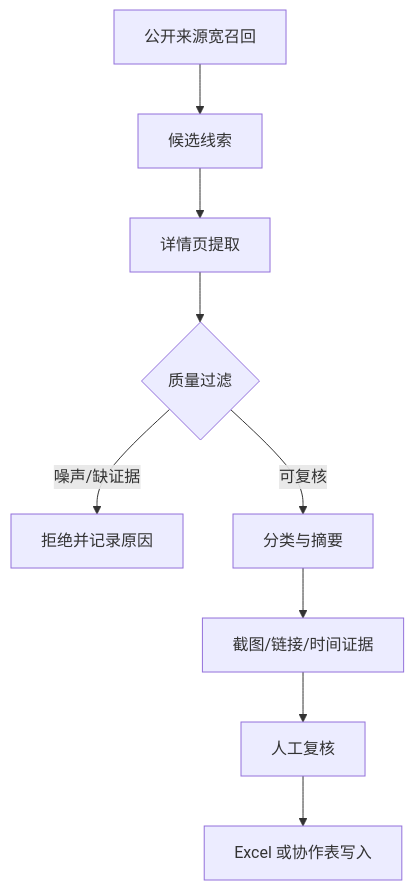
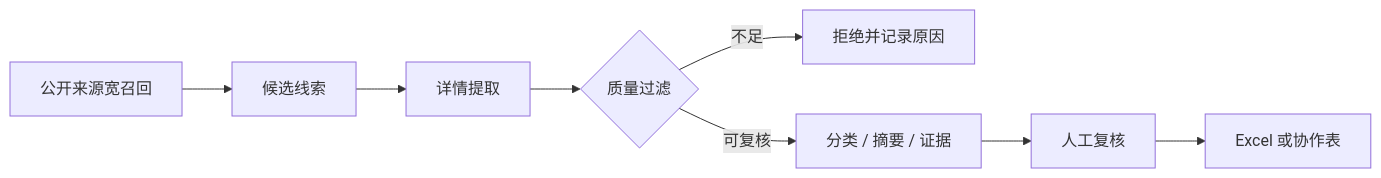
The diagram in cases/05-public-opinion-monitoring.md (Baibaibin/ai-workflow-portfolio), drawn with Mermaid before and after one commit. The commit also changed other lines of this file and 18 other files, not shown here.

````diff
--- a/cases/05-public-opinion-monitoring.md
+++ b/cases/05-public-opinion-monitoring.md
@@ -13,11 +15,10 @@
 ```mermaid
-flowchart TD
+flowchart LR
   A[公开来源宽召回] --> B[候选线索]
-  B --> C[详情页提取]
+  B --> C[详情提取]
   C --> D{质量过滤}
-  D -->|噪声/缺证据| E[拒绝并记录原因]
-  D -->|可复核| F[分类与摘要]
-  F --> G[截图/链接/时间证据]
-  G --> H[人工复核]
-  H --> I[Excel 或协作表写入]
+  D -->|不足| E[拒绝并记录原因]
+  D -->|可复核| F[分类 / 摘要 / 证据]
+  F --> G[人工复核]
+  G --> H[Excel 或协作表]
 ```
````
